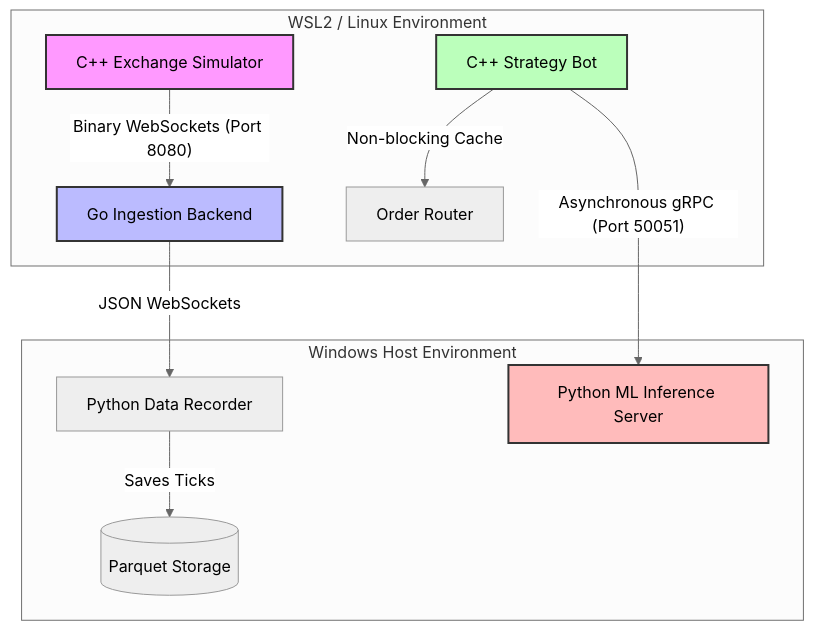
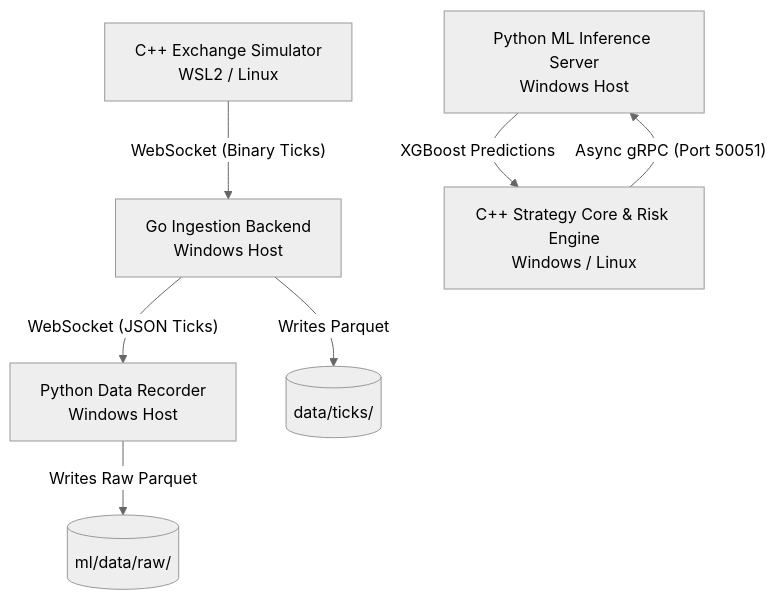
Before and after one commit to Raghav-Sharma0/Quant_Trade: the diagram in Quant_Trade/PROJECT_EXPLAINER.md, drawn with Mermaid (neutral theme). The commit also changed other lines of this file, not shown here.

````diff
--- a/Quant_Trade/PROJECT_EXPLAINER.md
+++ b/Quant_Trade/PROJECT_EXPLAINER.md
@@ -22,19 +23,17 @@
 ```mermaid
 graph TD
-    subgraph WSL2 / Linux Environment
-        A[C++ Exchange Simulator] -- "Binary WebSockets (Port 8080)" --> B[Go Ingestion Backend]
-        F[C++ Strategy Bot] -- "Non-blocking Cache" --> G[Order Router]
-    end
+    %% Define Nodes
+    Sim[C++ Exchange Simulator<br/>WSL2 / Linux]
+    GoHub[Go Ingestion Backend<br/>Windows Host]
+    Rec[Python Data Recorder<br/>Windows Host]
+    Inf[Python ML Inference Server<br/>Windows Host]
+    Core[C++ Strategy Core & Risk Engine<br/>Windows / Linux]
 
-    subgraph Windows Host Environment
-        B -- "JSON WebSockets" --> C[Python Data Recorder]
-        C -- "Saves Ticks" --> D[(Parquet Storage)]
-        
-        F -- "Asynchronous gRPC (Port 50051)" --> E[Python ML Inference Server]
-    end
-
-    style A fill:#f9f,stroke:#333,stroke-width:2px
-    style B fill:#bbf,stroke:#333,stroke-width:2px
-    style F fill:#bfb,stroke:#333,stroke-width:2px
-    style E fill:#fbb,stroke:#333,stroke-width:2px
+    %% Define Connections
+    Sim -- "WebSocket (Binary Ticks)" --> GoHub
+    GoHub -- "WebSocket (JSON Ticks)" --> Rec
+    GoHub -- "Writes Parquet" --> GoDb[(data/ticks/)]
+    Rec -- "Writes Raw Parquet" --> PyDb[(ml/data/raw/)]
+    Core -- "Async gRPC (Port 50051)" --> Inf
+    Inf -- "XGBoost Predictions" --> Core
 ```
````
